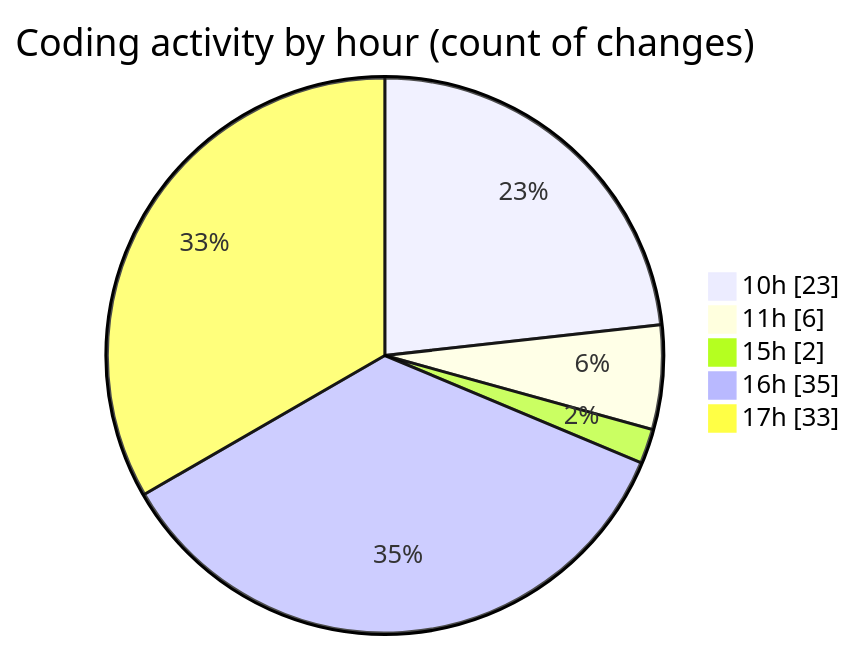
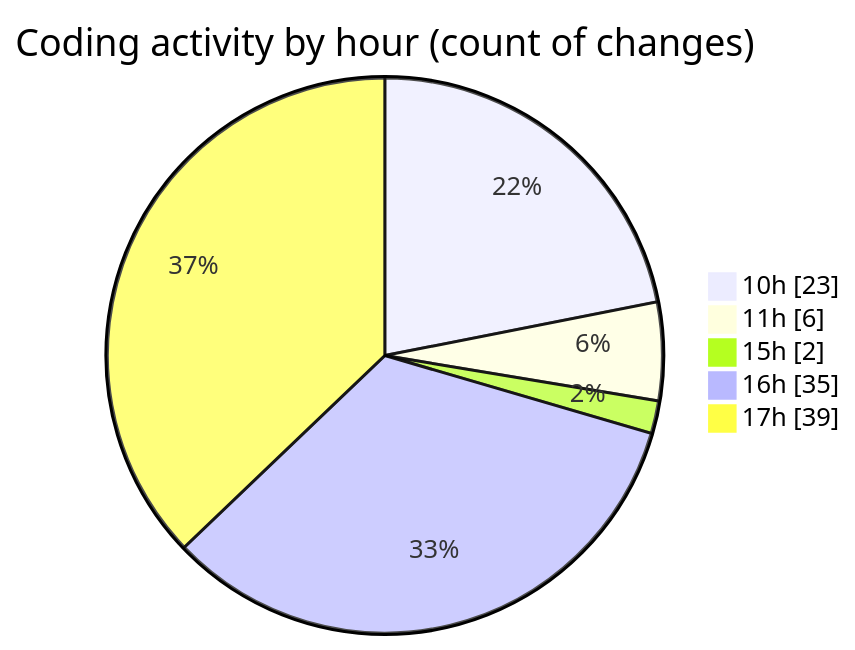
One commit to nxtqubesakshisongat/code-tracking changed the second of 2 diagrams in 2026-05-04/nxtqube_webapp/README.md. Above: the diagram before and after it, drawn with Mermaid. The commit also changed other lines of this file and 1 other file, not shown here.

````diff
--- a/2026-05-04/nxtqube_webapp/README.md
+++ b/2026-05-04/nxtqube_webapp/README.md
@@ -37,9 +38,9 @@
 ```mermaid
 pie showData
 title Coding activity by hour (count of changes)
 "10h" : 23
 "11h" : 6
 "15h" : 2
 "16h" : 35
-"17h" : 33
+"17h" : 39
 ```
````
